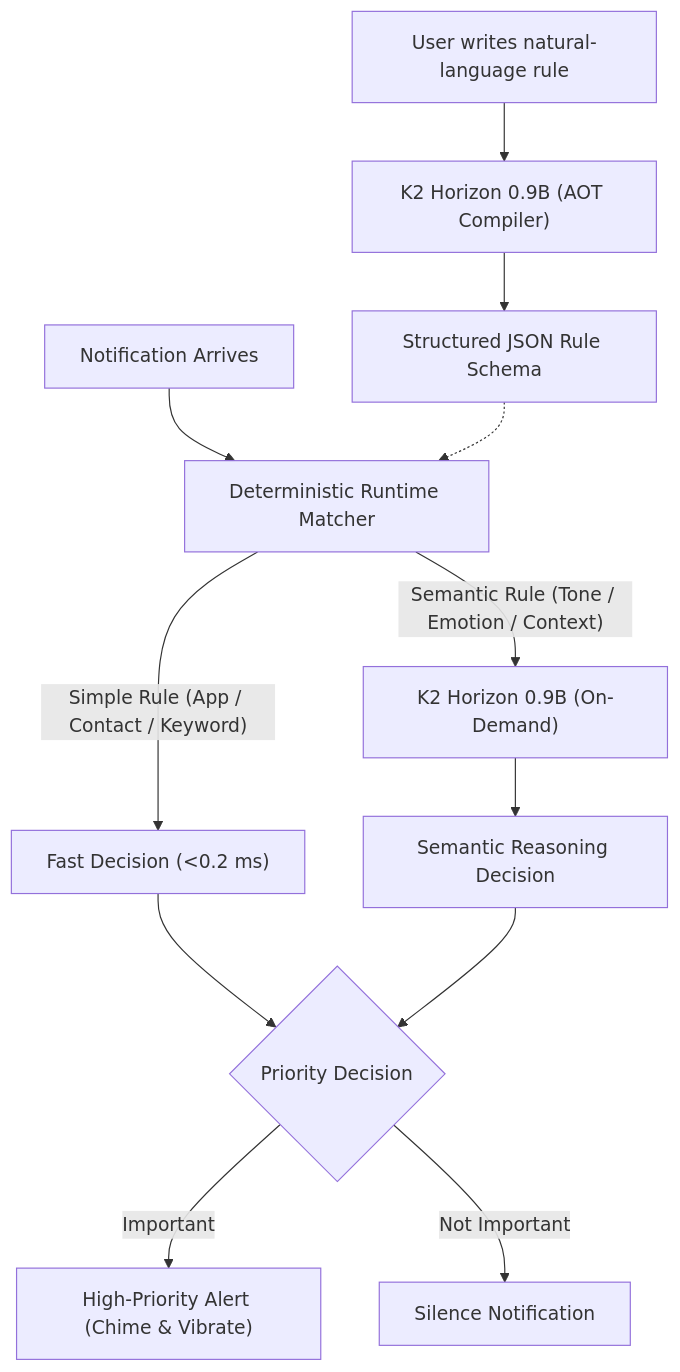
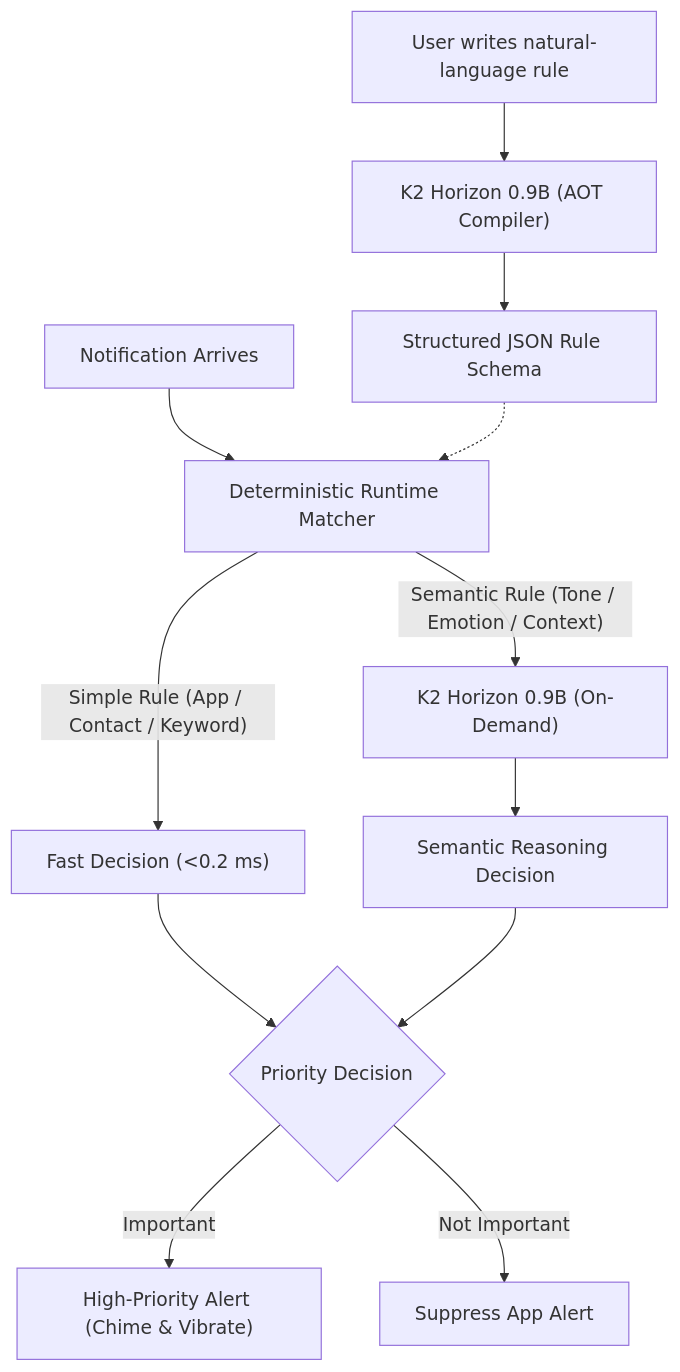
One commit to randomwalk-ai/k2-0.9b-mobile changed the diagram in README.md. Above: the diagram before and after it, drawn with Mermaid. The commit also changed other lines of this file and 1 other file, not shown here.

````diff
--- a/README.md
+++ b/README.md
@@ -43,17 +43,17 @@
 ```mermaid
 flowchart TD
     UserRule["User writes natural-language rule"] --> K2Compiler["K2 Horizon 0.9B (AOT Compiler)"]
     K2Compiler --> StructuredRule["Structured JSON Rule Schema"]
 
     Notif["Notification Arrives"] --> Matcher["Deterministic Runtime Matcher"]
     StructuredRule -.-> Matcher
 
     Matcher -->|"Simple Rule (App / Contact / Keyword)"| FastDecision["Fast Decision (<0.2 ms)"]
     Matcher -->|"Semantic Rule (Tone / Emotion / Context)"| K2Semantic["K2 Horizon 0.9B (On-Demand)"]
     K2Semantic --> SemanticDecision["Semantic Reasoning Decision"]
 
     FastDecision --> Action{"Priority Decision"}
     SemanticDecision --> Action
     Action -->|"Important"| Alert["High-Priority Alert (Chime & Vibrate)"]
-    Action -->|"Not Important"| Mute["Silence Notification"]
+    Action -->|"Not Important"| Mute["Suppress App Alert"]
 ```
````
